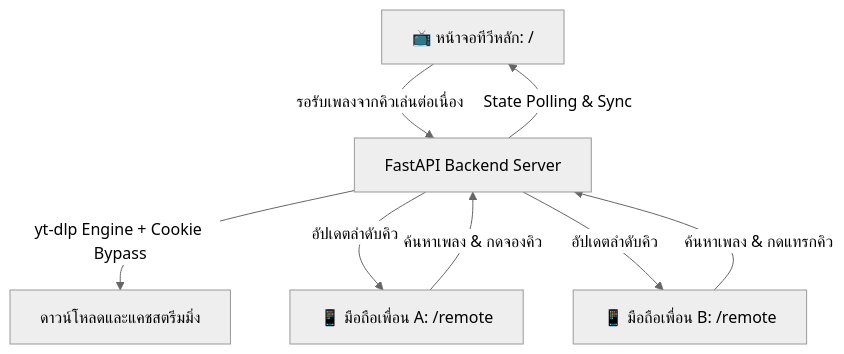
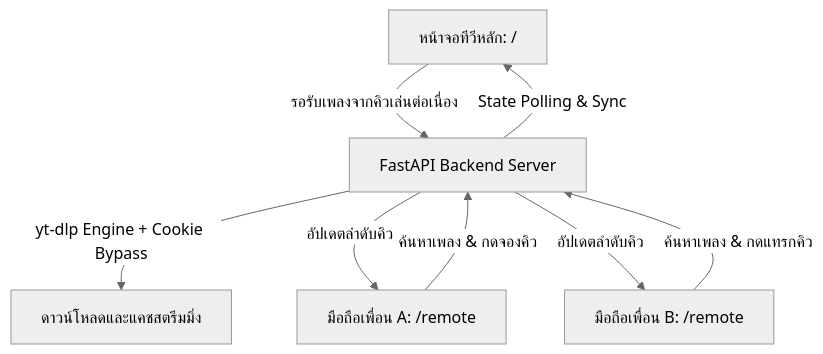
Before and after one commit to FANG9356/MyProject: the sixth of 9 diagrams in README.md, drawn with Mermaid (neutral theme). The commit also changed other lines of this file and 47 other files, not shown here.

````diff
--- a/README.md
+++ b/README.md
@@ -298,9 +298,9 @@
 ```mermaid
 flowchart TD
-    A[📺 หน้าจอทีวีหลัก: /] -->|รอรับเพลงจากคิวเล่นต่อเนื่อง| B[FastAPI Backend Server]
-    C[📱 มือถือเพื่อน A: /remote] -->|ค้นหาเพลง & กดจองคิว| B
-    D[📱 มือถือเพื่อน B: /remote] -->|ค้นหาเพลง & กดแทรกคิว| B
-    B -->|yt-dlp Engine + Cookie Bypass| E[ดาวน์โหลดและแคชสตรีมมิ่ง]
-    B -->|State Polling & Sync| A
-    B -->|อัปเดตลำดับคิว| C & D
+ A[หน้าจอทีวีหลัก: /] -->|รอรับเพลงจากคิวเล่นต่อเนื่อง| B[FastAPI Backend Server]
+ C[มือถือเพื่อน A: /remote] -->|ค้นหาเพลง & กดจองคิว| B
+ D[มือถือเพื่อน B: /remote] -->|ค้นหาเพลง & กดแทรกคิว| B
+ B -->|yt-dlp Engine + Cookie Bypass| E[ดาวน์โหลดและแคชสตรีมมิ่ง]
+ B -->|State Polling & Sync| A
+ B -->|อัปเดตลำดับคิว| C & D
 ```
````
